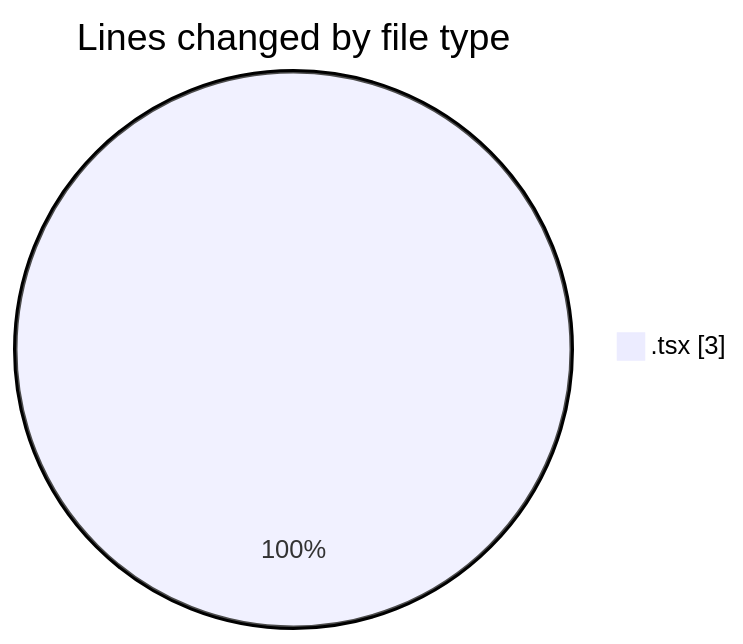
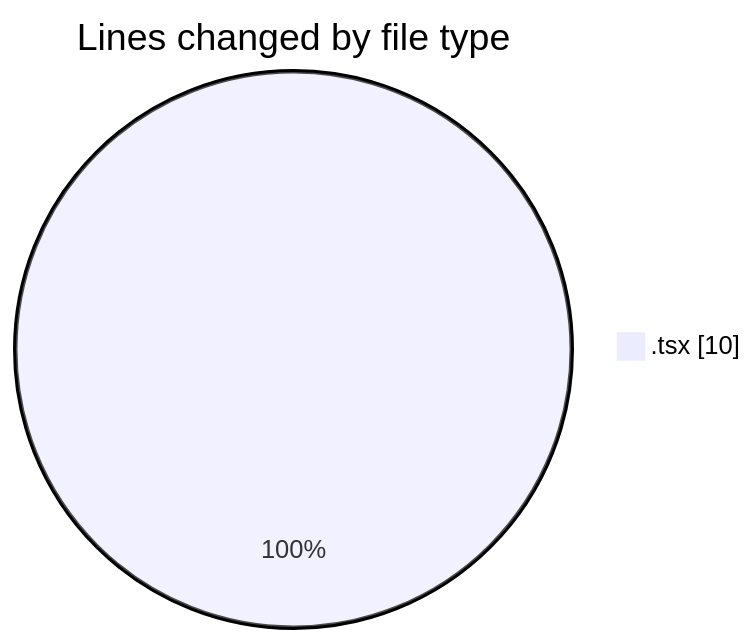
One commit to robertbonfada/code-tracking changed the first of 2 diagrams in 2025-03-19/peregrino-web/README.md. Above: the diagram before and after it, drawn with Mermaid. The commit also changed other lines of this file and 1 other file, not shown here.

````diff
--- a/2025-03-19/peregrino-web/README.md
+++ b/2025-03-19/peregrino-web/README.md
@@ -20,5 +21,5 @@
 ```mermaid
 pie showData
 title Lines changed by file type
-".tsx" : 3
+".tsx" : 10
 ```
````
